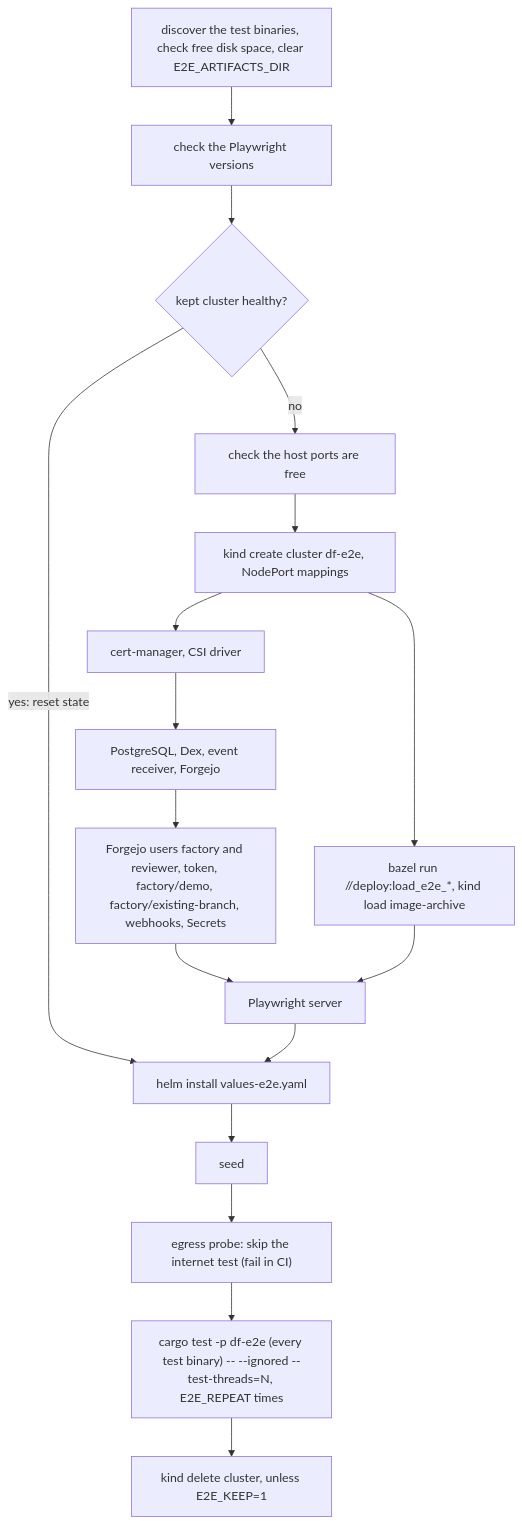
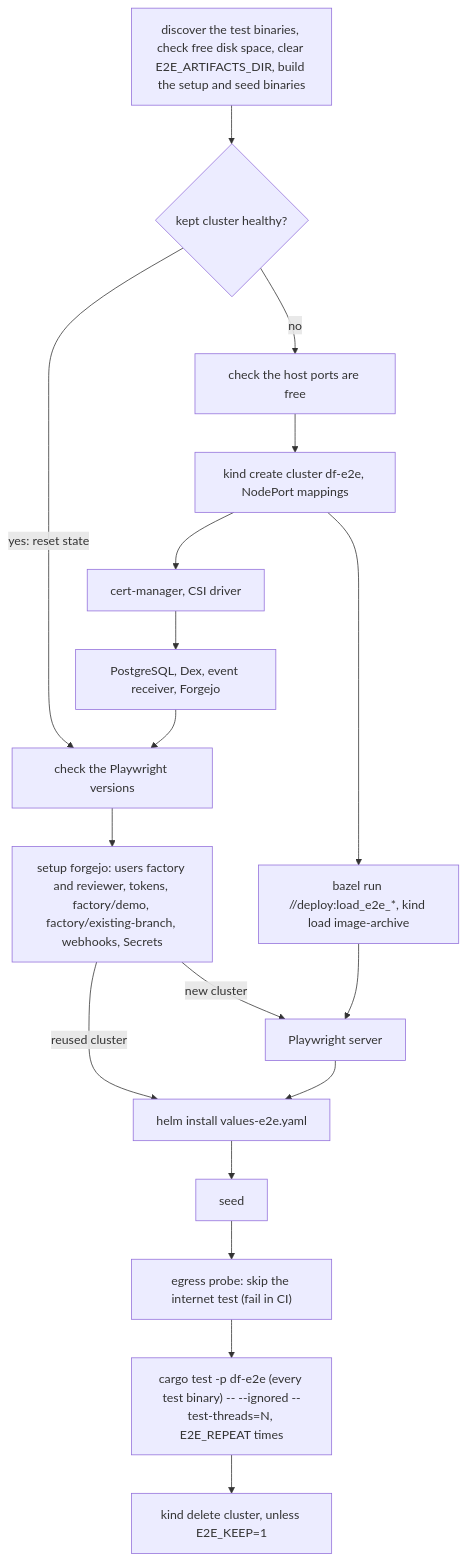
One commit to prskr/dark-factory changed the diagram in docs/demo.md. Above: the diagram before and after it, drawn with Mermaid. The commit also changed other lines of this file and 20 other files, not shown here.

````diff
--- a/docs/demo.md
+++ b/docs/demo.md
@@ -35,19 +35,20 @@
 ```mermaid
 flowchart TD
-    L["discover the test binaries, check free disk space, clear E2E_ARTIFACTS_DIR"] --> V[check the Playwright versions]
-    V --> R{"kept cluster healthy?"}
-    R -- "yes: reset state" --> E
+    L["discover the test binaries, check free disk space, clear E2E_ARTIFACTS_DIR, build the setup and seed binaries"] --> R{"kept cluster healthy?"}
+    R -- "yes: reset state" --> V
     R -- no --> K[check the host ports are free]
     K --> A[kind create cluster df-e2e, NodePort mappings]
     A --> B[cert-manager, CSI driver]
     A --> I[bazel run //deploy:load_e2e_*, kind load image-archive]
     B --> C[PostgreSQL, Dex, event receiver, Forgejo]
-    C --> D[Forgejo users factory and reviewer, token, factory/demo, factory/existing-branch, webhooks, Secrets]
-    D --> P[Playwright server]
+    C --> V[check the Playwright versions]
+    V --> D["setup forgejo: users factory and reviewer, tokens, factory/demo, factory/existing-branch, webhooks, Secrets"]
+    D -- "new cluster" --> P[Playwright server]
+    D -- "reused cluster" --> E
     I --> P
     P --> E[helm install values-e2e.yaml]
     E --> F[seed]
     F --> X["egress probe: skip the internet test (fail in CI)"]
     X --> G["cargo test -p df-e2e (every test binary) -- --ignored --test-threads=N, E2E_REPEAT times"]
     G --> H[kind delete cluster, unless E2E_KEEP=1]
 ```
````
